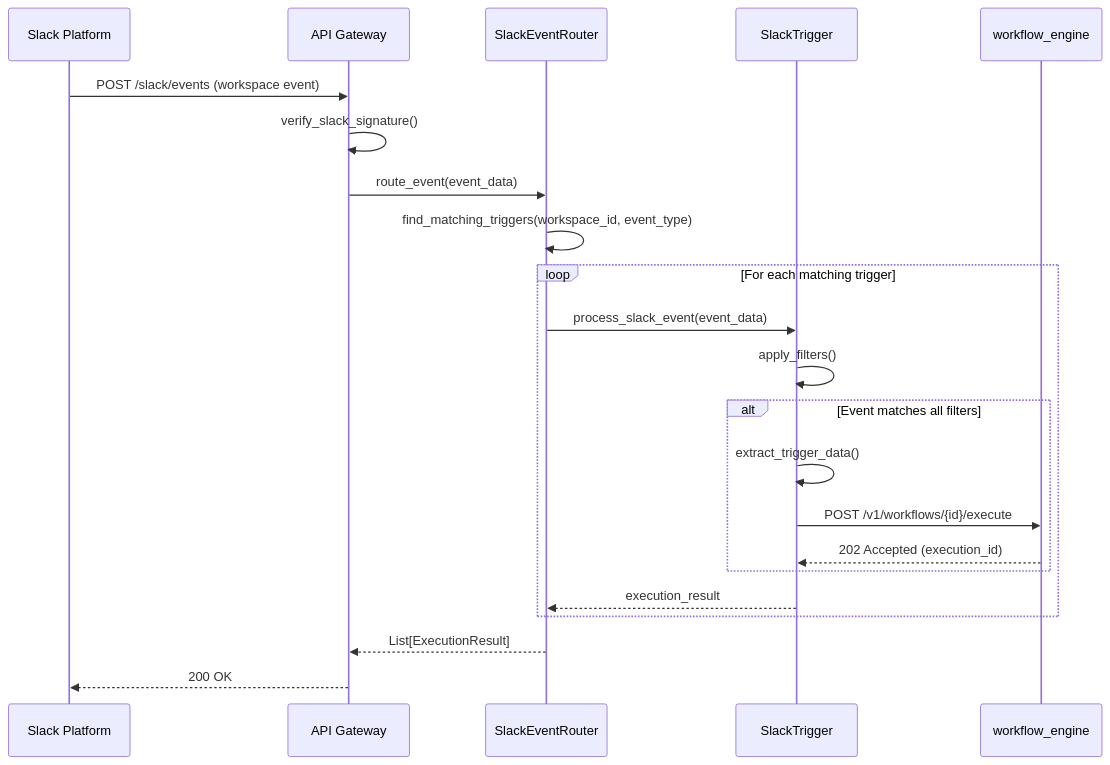
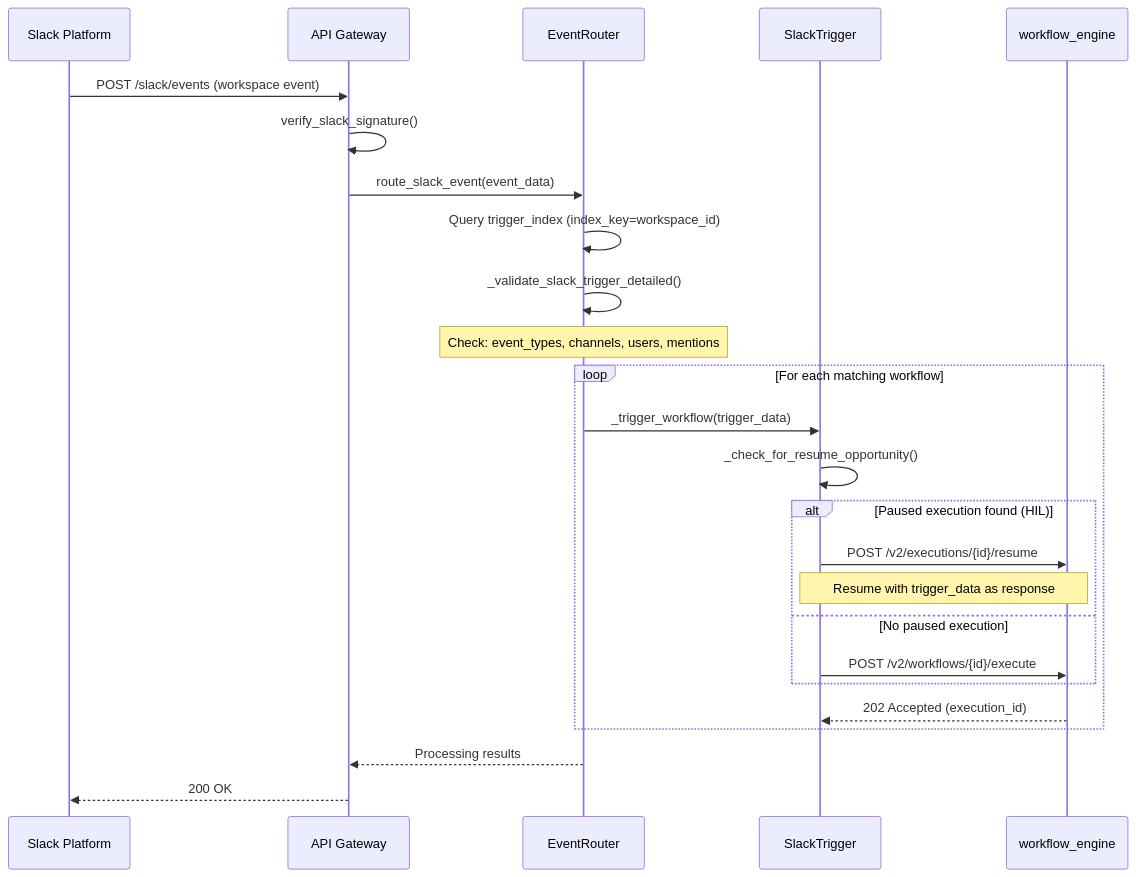
The ninth of 9 diagrams in docs/tech-design/workflow-scheduler-architecture.md (CurvatureX/agent_team_monorepo), drawn with Mermaid before and after one commit. The commit also changed other lines of this file and 22 other files, not shown here.

````diff
--- a/docs/tech-design/workflow-scheduler-architecture.md
+++ b/docs/tech-design/workflow-scheduler-architecture.md
@@ -1225,30 +709,33 @@
 ```mermaid
 sequenceDiagram
     participant Slack as Slack Platform
     participant Gateway as API Gateway
-    participant Router as SlackEventRouter
+    participant EventRouter
     participant SlackTrigger
     participant Engine as workflow_engine
 
     Slack->>Gateway: POST /slack/events (workspace event)
     Gateway->>Gateway: verify_slack_signature()
-    Gateway->>Router: route_event(event_data)
+    Gateway->>EventRouter: route_slack_event(event_data)
 
-    Router->>Router: find_matching_triggers(workspace_id, event_type)
+    EventRouter->>EventRouter: Query trigger_index (index_key=workspace_id)
+    EventRouter->>EventRouter: _validate_slack_trigger_detailed()
+    Note over EventRouter: Check: event_types, channels, users, mentions
 
-    loop For each matching trigger
-        Router->>SlackTrigger: process_slack_event(event_data)
-        SlackTrigger->>SlackTrigger: apply_filters()
+    loop For each matching workflow
+        EventRouter->>SlackTrigger: _trigger_workflow(trigger_data)
+        SlackTrigger->>SlackTrigger: _check_for_resume_opportunity()
 
-        alt Event matches all filters
-            SlackTrigger->>SlackTrigger: extract_trigger_data()
-            SlackTrigger->>Engine: POST /v1/workflows/{id}/execute
-            Engine-->>SlackTrigger: 202 Accepted (execution_id)
+        alt Paused execution found (HIL)
+            SlackTrigger->>Engine: POST /v2/executions/{id}/resume
+            Note over SlackTrigger,Engine: Resume with trigger_data as response
+        else No paused execution
+            SlackTrigger->>Engine: POST /v2/workflows/{id}/execute
         end
 
-        SlackTrigger-->>Router: execution_result
+        Engine-->>SlackTrigger: 202 Accepted (execution_id)
     end
 
-    Router-->>Gateway: List[ExecutionResult]
+    EventRouter-->>Gateway: Processing results
     Gateway-->>Slack: 200 OK
 ```
````
